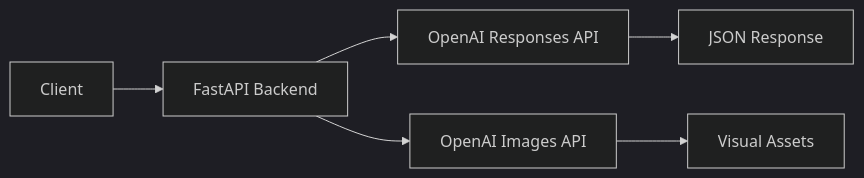
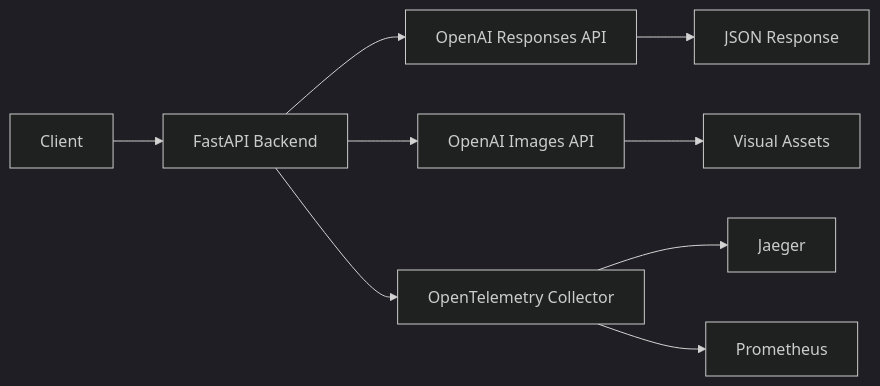
The second of 2 diagrams in README.md (raulrodriguezmesia-blip/campaign-studio), drawn with Mermaid (dark theme) before and after one commit. The commit also changed other lines of this file, not shown here.

Commit message:
Add professional README with badges, ASCII + PlantUML architecture diagrams, CI/CD pipeline details, observability stack, and deployment instructions for Campaign-Studio

````diff
--- a/README.md
+++ b/README.md
@@ -40,8 +78,11 @@
 ```mermaid
 graph LR
     A[Client] --> B[FastAPI Backend]
     B --> C[OpenAI Responses API]
     C --> D[JSON Response]
     B --> E[OpenAI Images API]
     E --> F[Visual Assets]
+    B --> G[OpenTelemetry Collector]
+    G --> H[Jaeger]
+    G --> I[Prometheus]
 ```
````
